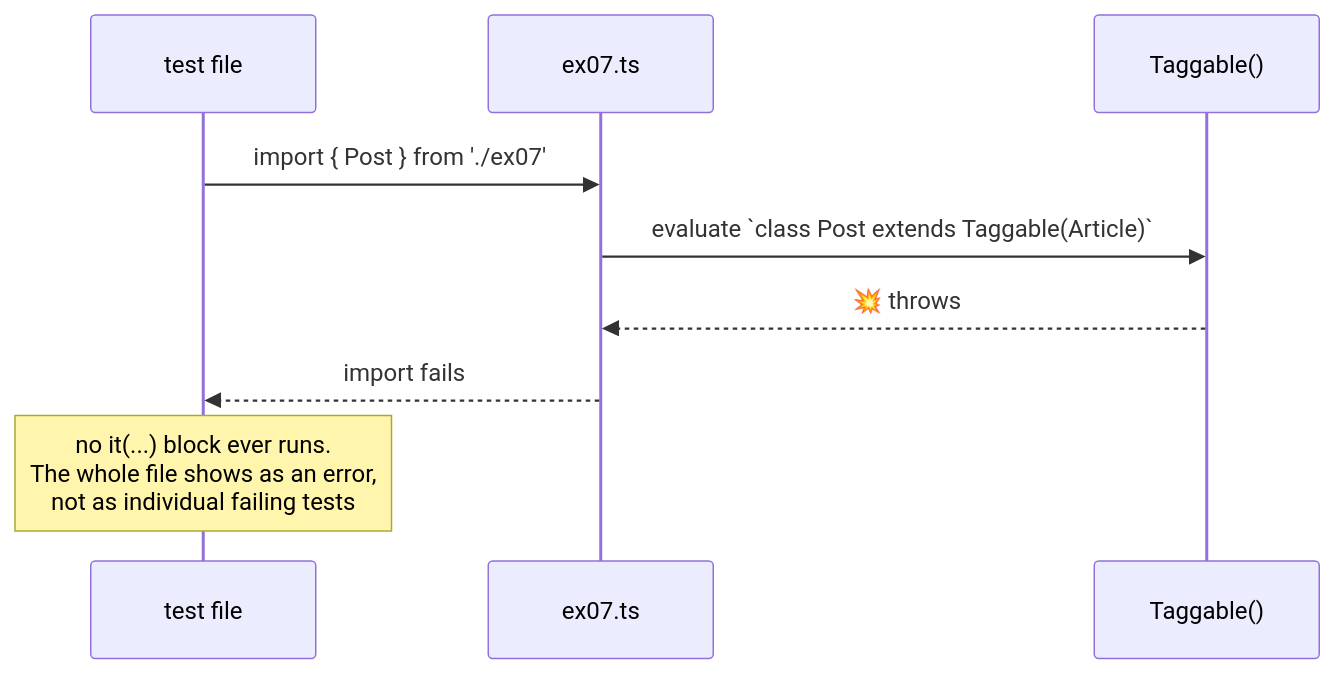
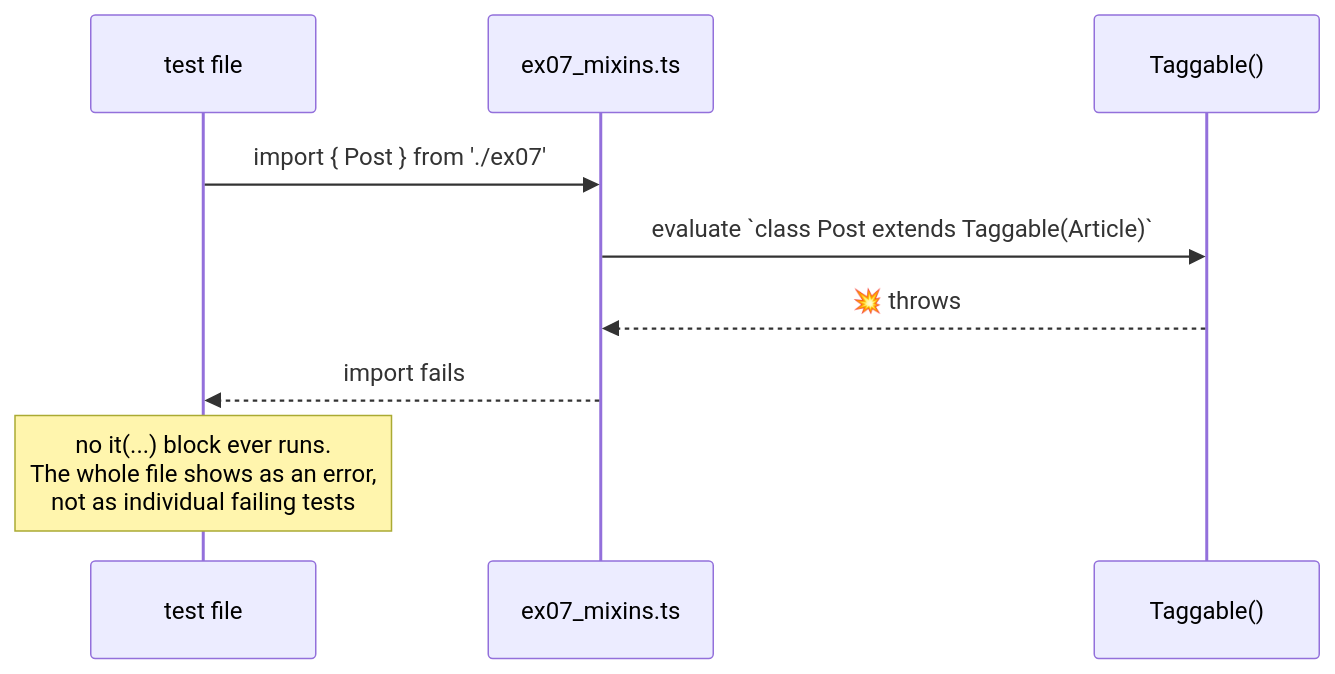
The eighth of 8 diagrams in 06-classes/LESSON.md (cheer-cho/LearningCourse--TypeScript--build-by-Claude-Code), drawn with Mermaid before and after one commit. The commit also changed other lines of this file and 381 other files, not shown here.

````diff
--- a/06-classes/LESSON.md
+++ b/06-classes/LESSON.md
@@ -1164,12 +1164,12 @@
 ```mermaid
   sequenceDiagram
     participant T as test file
-    participant M as ex07.ts
+    participant M as ex07_mixins.ts
     participant X as Taggable()
     T->>M: import { Post } from './ex07'
     M->>X: evaluate `class Post extends Taggable(Article)`
     X-->>M: 💥 throws
     M-->>T: import fails
     Note over T: no it(...) block ever runs.<br/>The whole file shows as an error,<br/>not as individual failing tests
 
 ```
````
